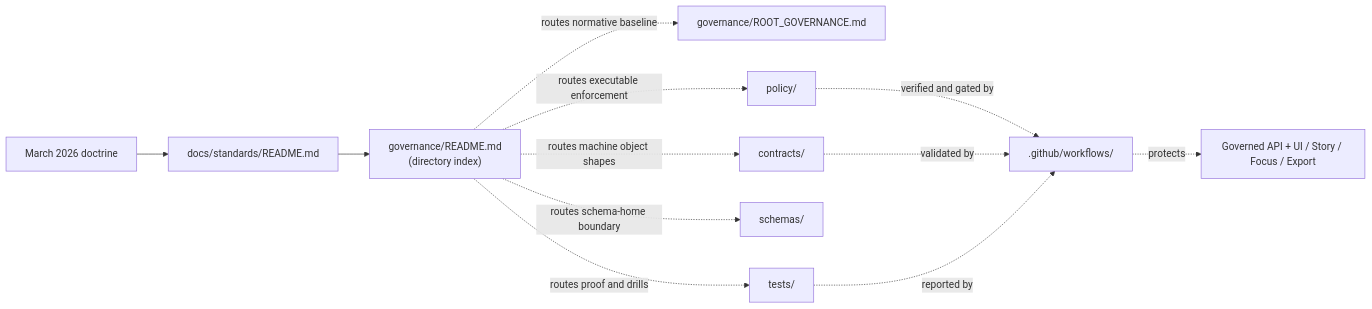
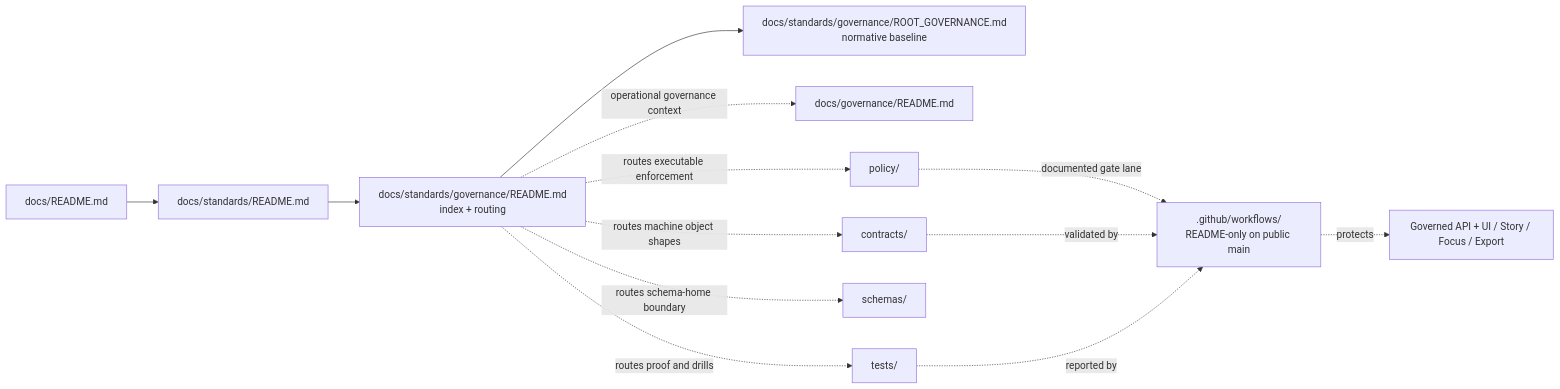
One commit to bartytime4life/Kansas-Frontier-Matrix changed the diagram in docs/standards/governance/README.md. Above: the diagram before and after it, drawn with Mermaid. The commit also changed other lines of this file, not shown here.

````diff
--- a/docs/standards/governance/README.md
+++ b/docs/standards/governance/README.md
@@ -202,14 +203,15 @@
 ```mermaid
 flowchart LR
-    A["March 2026 doctrine"] --> B["docs/standards/README.md"]
-    B --> C["governance/README.md<br>(directory index)"]
-    C -. "routes normative baseline" .-> D["governance/ROOT_GOVERNANCE.md"]
-    C -. "routes executable enforcement" .-> E["policy/"]
-    C -. "routes machine object shapes" .-> F["contracts/"]
-    C -. "routes schema-home boundary" .-> G["schemas/"]
-    C -. "routes proof and drills" .-> H["tests/"]
-    E -. "verified and gated by" .-> I[".github/workflows/"]
-    F -. "validated by" .-> I
-    H -. "reported by" .-> I
-    I -. "protects" .-> J["Governed API + UI / Story / Focus / Export"]
+    A["docs/README.md"] --> B["docs/standards/README.md"]
+    B --> C["docs/standards/governance/README.md<br>index + routing"]
+    C --> D["docs/standards/governance/ROOT_GOVERNANCE.md<br>normative baseline"]
+    C -. "operational governance context" .-> E["docs/governance/README.md"]
+    C -. "routes executable enforcement" .-> F["policy/"]
+    C -. "routes machine object shapes" .-> G["contracts/"]
+    C -. "routes schema-home boundary" .-> H["schemas/"]
+    C -. "routes proof and drills" .-> I["tests/"]
+    F -. "documented gate lane" .-> J[".github/workflows/<br>README-only on public main"]
+    G -. "validated by" .-> J
+    I -. "reported by" .-> J
+    J -. "protects" .-> K["Governed API + UI / Story / Focus / Export"]
 ```
````
